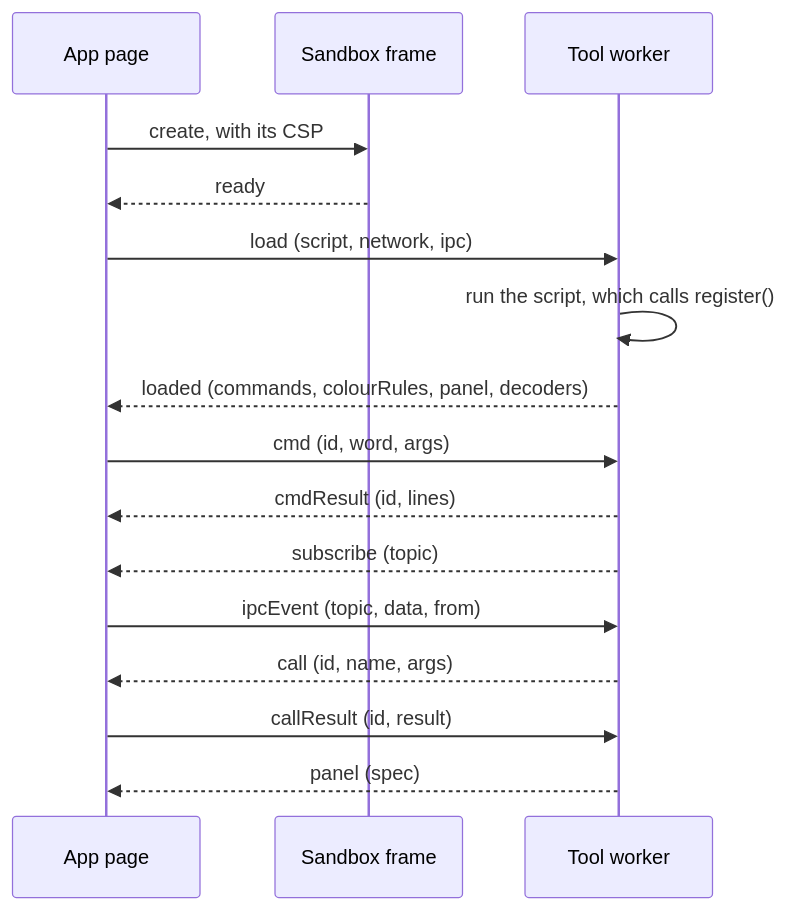
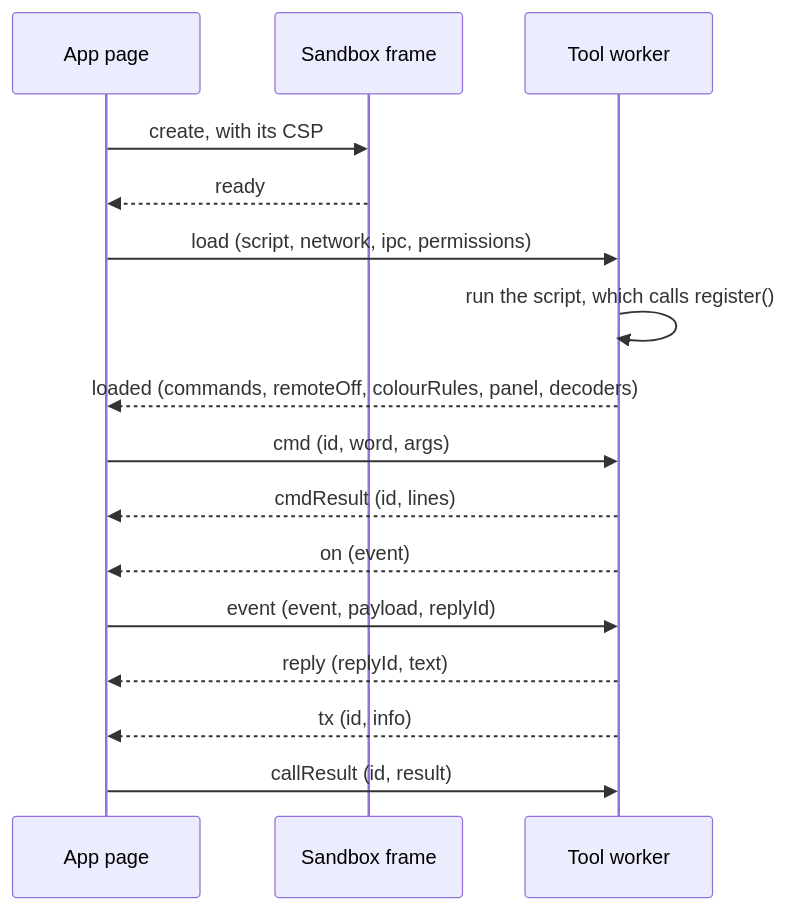
The diagram in docs/contribute/tool-reference.md (apachler/aprscaching), drawn with Mermaid before and after one commit. The commit also changed other lines of this file and 119 other files, not shown here.

````diff
--- a/docs/contribute/tool-reference.md
+++ b/docs/contribute/tool-reference.md
@@ -175,18 +278,18 @@
 ```mermaid
 sequenceDiagram
     participant App as App page
     participant Frame as Sandbox frame
     participant Tool as Tool worker
     App->>Frame: create, with its CSP
     Frame-->>App: ready
-    App->>Tool: load (script, network, ipc)
+    App->>Tool: load (script, network, ipc, permissions)
     Tool->>Tool: run the script, which calls register()
-    Tool-->>App: loaded (commands, colourRules, panel, decoders)
+    Tool-->>App: loaded (commands, remoteOff, colourRules, panel, decoders)
     App->>Tool: cmd (id, word, args)
     Tool-->>App: cmdResult (id, lines)
-    Tool-->>App: subscribe (topic)
-    App->>Tool: ipcEvent (topic, data, from)
-    Tool-->>App: call (id, name, args)
+    Tool-->>App: on (event)
+    App->>Tool: event (event, payload, replyId)
+    Tool-->>App: reply (replyId, text)
+    Tool-->>App: tx (id, info)
     App->>Tool: callResult (id, result)
-    Tool-->>App: panel (spec)
 ```
````
